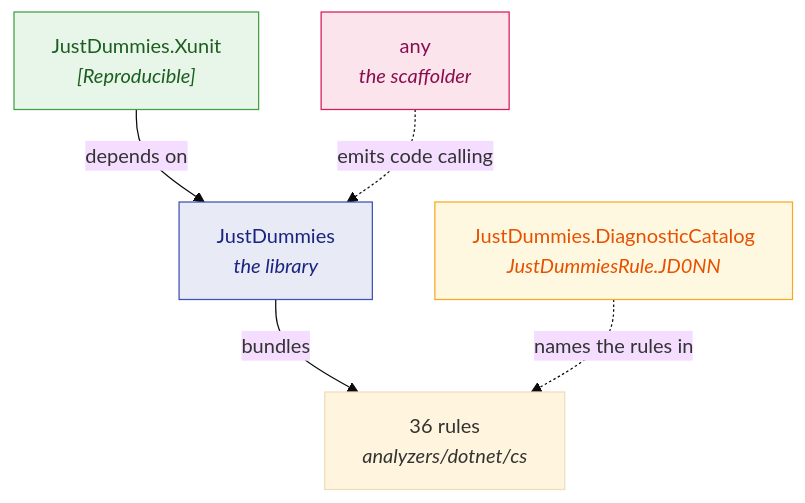
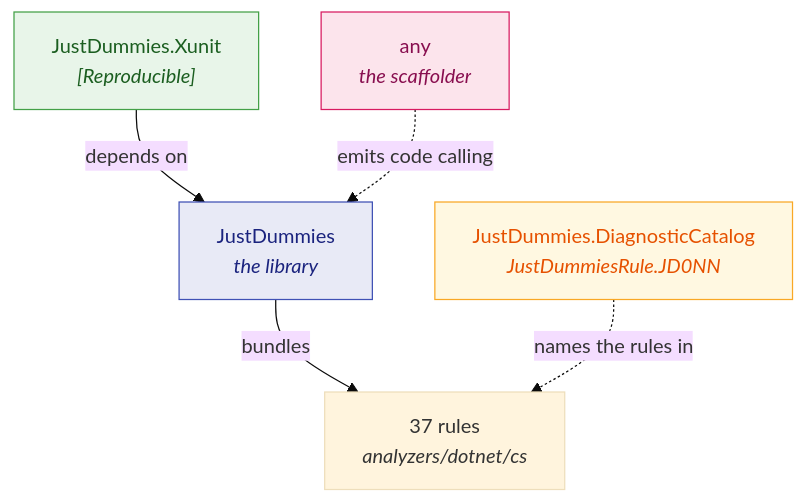
One commit to Reefact/just-dummies changed the diagram in doc/handwritten/for-users/packages/README.md. Above: the diagram before and after it, drawn with Mermaid (base theme). The commit also changed other lines of this file and 46 other files, not shown here.

First line of the commit message:
feat(analyzers,catalog): add JD037 for a draw inside As or Combine

````diff
--- a/doc/handwritten/for-users/packages/README.md
+++ b/doc/handwritten/for-users/packages/README.md
@@ -18,14 +18,14 @@
 ```mermaid
 flowchart TD
     accTitle: How the four packages relate
-    accDescr: JustDummies, the library, bundles the 36 rules under analyzers/dotnet/cs. JustDummies.Xunit depends on the library. JustDummies.DiagnosticCatalog names those rules without depending on them, and any, the scaffolder, emits code calling the library.
-    L["JustDummies<br/><i>the library</i>"] -->|"bundles"| A["36 rules<br/><i>analyzers/dotnet/cs</i>"]
+    accDescr: JustDummies, the library, bundles the 37 rules under analyzers/dotnet/cs. JustDummies.Xunit depends on the library. JustDummies.DiagnosticCatalog names those rules without depending on them, and any, the scaffolder, emits code calling the library.
+    L["JustDummies<br/><i>the library</i>"] -->|"bundles"| A["37 rules<br/><i>analyzers/dotnet/cs</i>"]
     X["JustDummies.Xunit<br/><i>[Reproducible]</i>"] -->|"depends on"| L
     C["JustDummies.DiagnosticCatalog<br/><i>JustDummiesRule.JD0NN</i>"]
     C -.->|"names the rules in"| A
     D["any<br/><i>the scaffolder</i>"] -.->|"emits code calling"| L
     style L fill:#e8eaf6,stroke:#3f51b5,color:#1a237e
     style X fill:#e8f5e9,stroke:#43a047,color:#1b5e20
     style C fill:#fff8e1,stroke:#f9a825,color:#e65100
     style D fill:#fce4ec,stroke:#d81b60,color:#880e4f
 ```
````
